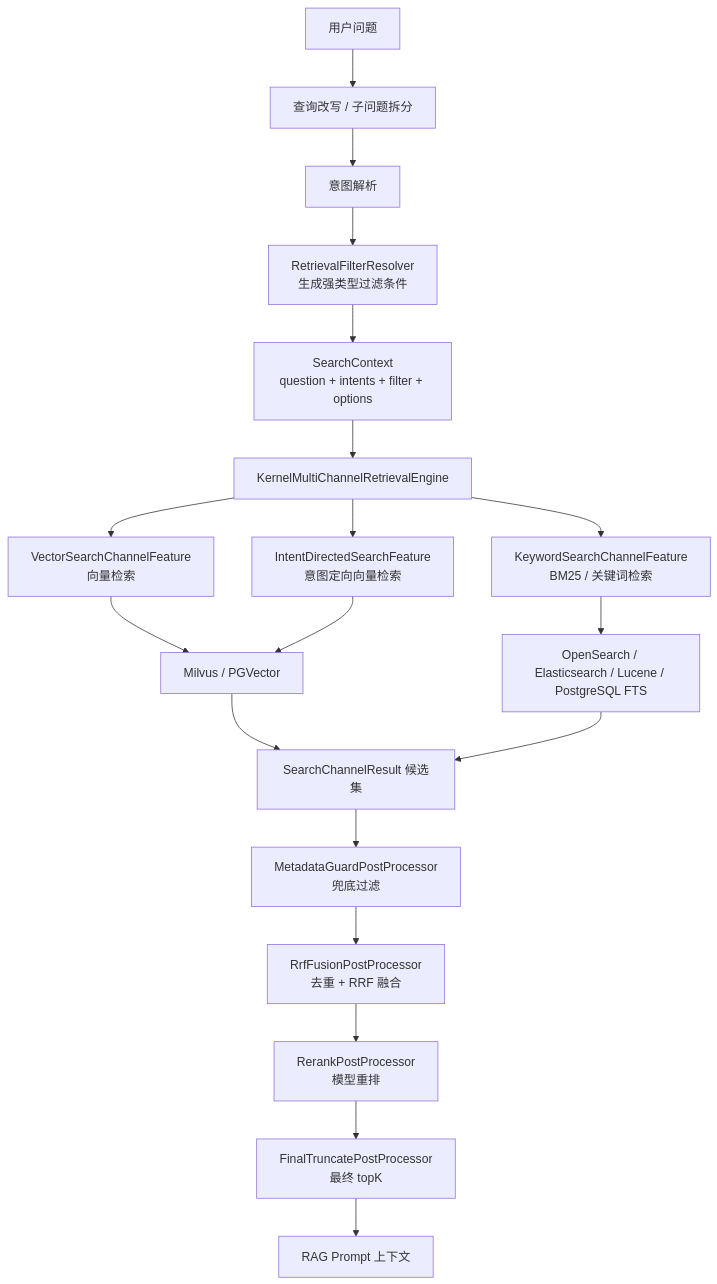
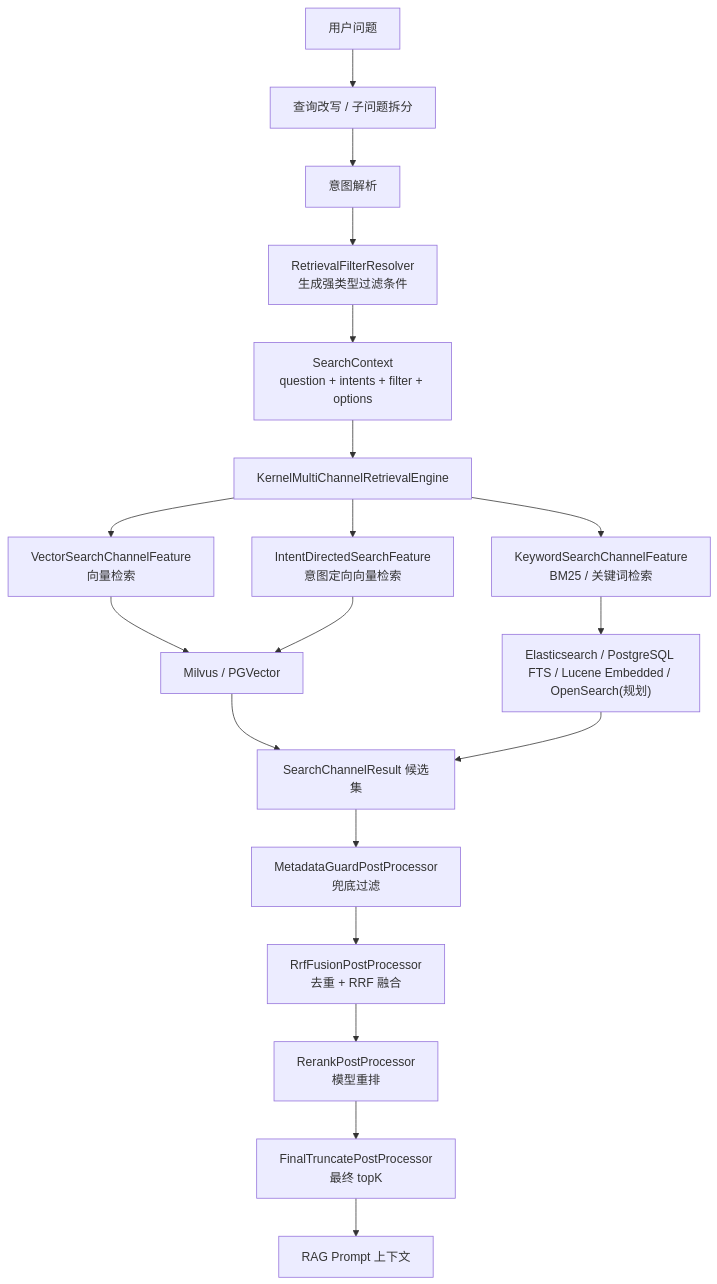
Before and after one commit to onceMisery/seahorse-agent: the first of 5 diagrams in docs/zh/content/架构设计/混合检索与重排详细设计.md, drawn with Mermaid. The commit also changed other lines of this file and 5 other files, not shown here.

````diff
--- a/docs/zh/content/架构设计/混合检索与重排详细设计.md
+++ b/docs/zh/content/架构设计/混合检索与重排详细设计.md
@@ -51,24 +60,24 @@
 ```mermaid
 flowchart TD
     A["用户问题"] --> B["查询改写 / 子问题拆分"]
     B --> C["意图解析"]
     C --> D["RetrievalFilterResolver<br/>生成强类型过滤条件"]
     D --> E["SearchContext<br/>question + intents + filter + options"]
     E --> F["KernelMultiChannelRetrievalEngine"]
 
     F --> V["VectorSearchChannelFeature<br/>向量检索"]
     F --> I["IntentDirectedSearchFeature<br/>意图定向向量检索"]
     F --> K["KeywordSearchChannelFeature<br/>BM25 / 关键词检索"]
 
     V --> VDB["Milvus / PGVector"]
     I --> VDB
-    K --> KS["OpenSearch / Elasticsearch / Lucene / PostgreSQL FTS"]
+    K --> KS["Elasticsearch / PostgreSQL FTS / Lucene Embedded / OpenSearch(规划)"]
 
     VDB --> Cands["SearchChannelResult 候选集"]
     KS --> Cands
     Cands --> M1["MetadataGuardPostProcessor<br/>兜底过滤"]
     M1 --> M2["RrfFusionPostProcessor<br/>去重 + RRF 融合"]
     M2 --> M3["RerankPostProcessor<br/>模型重排"]
     M3 --> M4["FinalTruncatePostProcessor<br/>最终 topK"]
     M4 --> P["RAG Prompt 上下文"]
 ```
````
